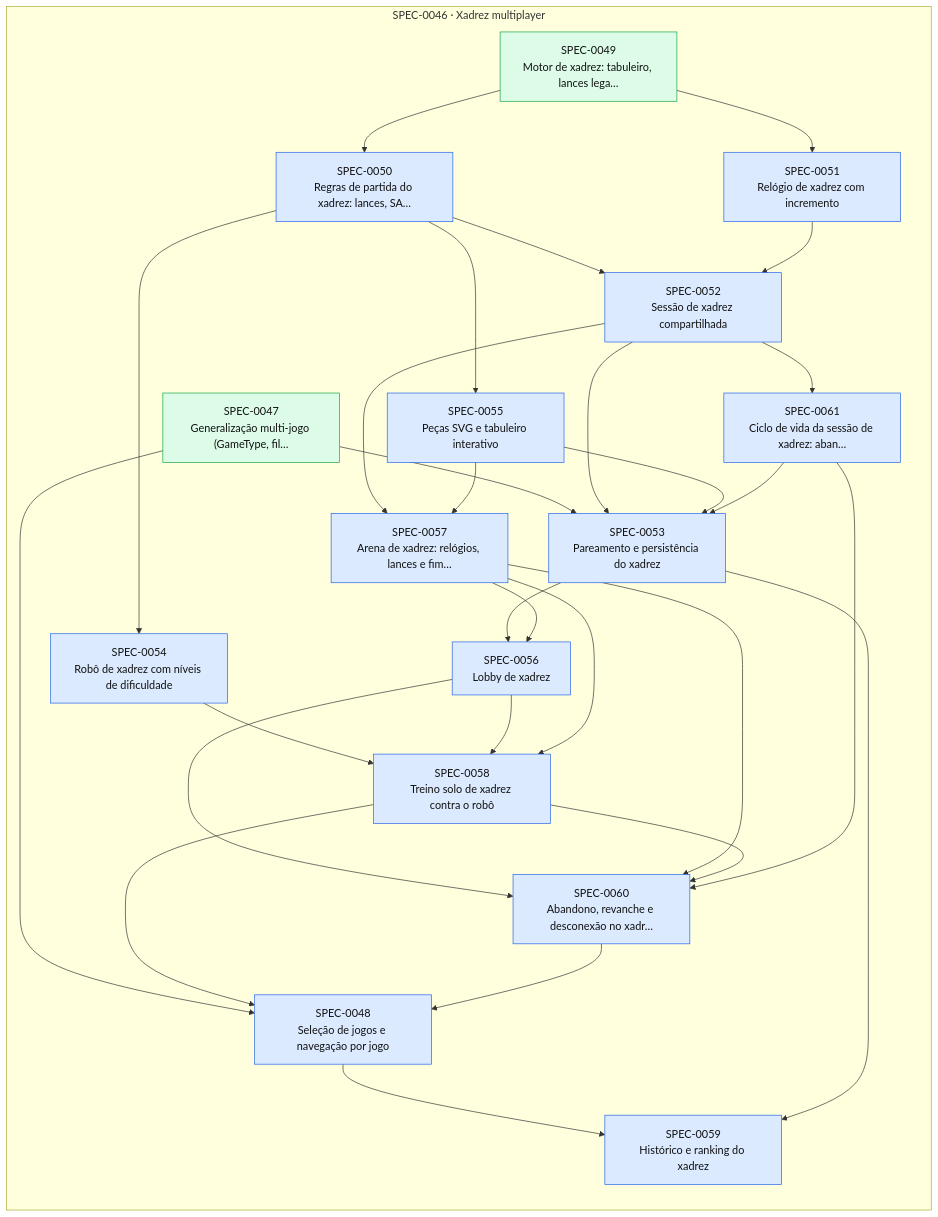
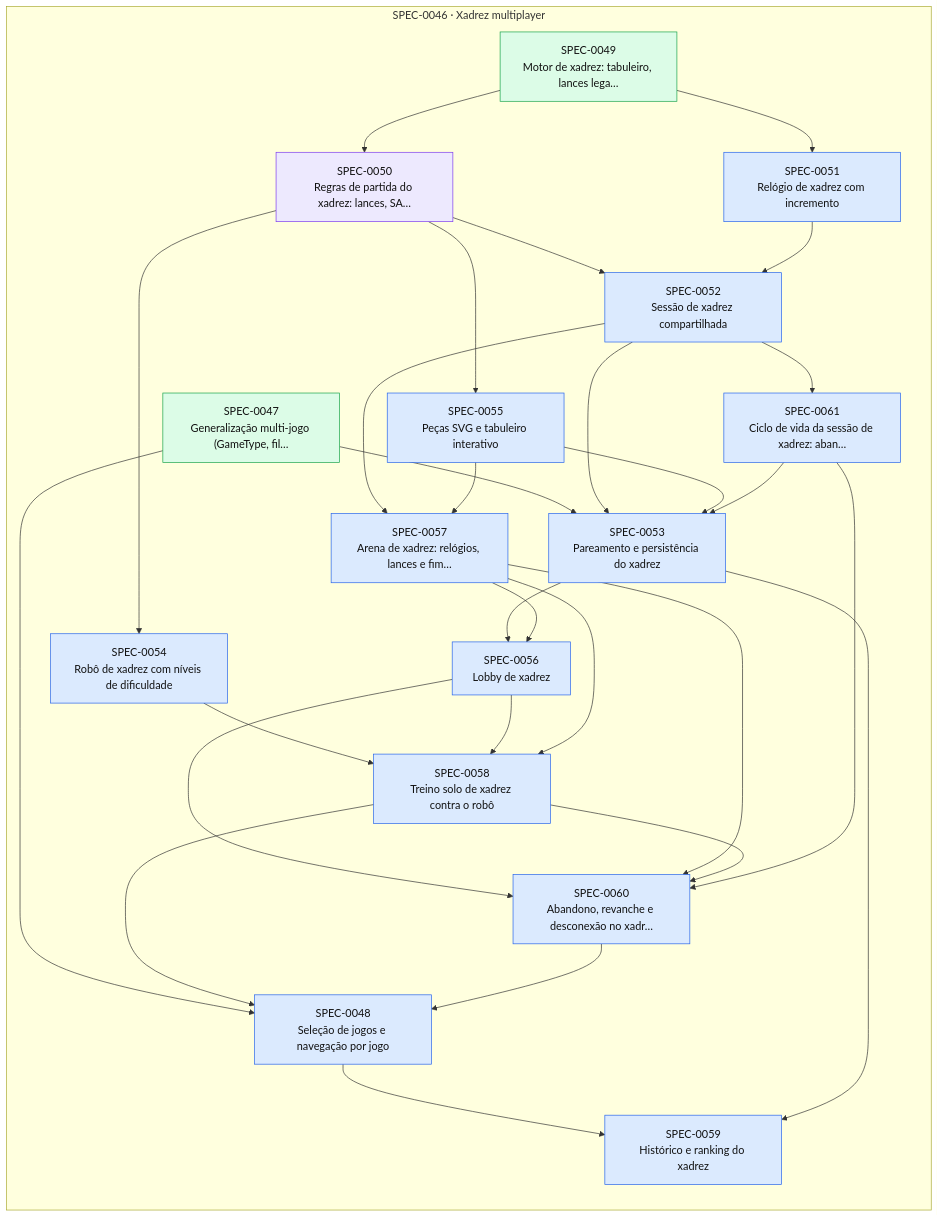
One commit to thomasravache/jogo-da-velha-multiplayer changed the diagram in docs/specs/INDEX.md. Above: the diagram before and after it, drawn with Mermaid. The commit also changed other lines of this file and 1 other file, not shown here.

First line of the commit message:
docs(specs): registrar gates G1-G4 da SPEC-0050

````diff
--- a/docs/specs/INDEX.md
+++ b/docs/specs/INDEX.md
@@ -49,52 +49,52 @@
 ```mermaid
 flowchart LR
   subgraph E0046["SPEC-0046 · Xadrez multiplayer"]
     S0047["SPEC-0047<br/>Generalização multi-jogo (GameType, fil…"]:::implemented
     S0048["SPEC-0048<br/>Seleção de jogos e navegação por jogo"]:::approved
     S0049["SPEC-0049<br/>Motor de xadrez: tabuleiro, lances lega…"]:::implemented
-    S0050["SPEC-0050<br/>Regras de partida do xadrez: lances, SA…"]:::approved
+    S0050["SPEC-0050<br/>Regras de partida do xadrez: lances, SA…"]:::inprogress
     S0051["SPEC-0051<br/>Relógio de xadrez com incremento"]:::approved
     S0052["SPEC-0052<br/>Sessão de xadrez compartilhada"]:::approved
     S0053["SPEC-0053<br/>Pareamento e persistência do xadrez"]:::approved
     S0054["SPEC-0054<br/>Robô de xadrez com níveis de dificuldade"]:::approved
     S0055["SPEC-0055<br/>Peças SVG e tabuleiro interativo"]:::approved
     S0056["SPEC-0056<br/>Lobby de xadrez"]:::approved
     S0057["SPEC-0057<br/>Arena de xadrez: relógios, lances e fim…"]:::approved
     S0058["SPEC-0058<br/>Treino solo de xadrez contra o robô"]:::approved
     S0059["SPEC-0059<br/>Histórico e ranking do xadrez"]:::approved
     S0060["SPEC-0060<br/>Abandono, revanche e desconexão no xadr…"]:::approved
     S0061["SPEC-0061<br/>Ciclo de vida da sessão de xadrez: aban…"]:::approved
   end
   S0047 --> S0048
   S0058 --> S0048
   S0060 --> S0048
   S0049 --> S0050
   S0049 --> S0051
   S0050 --> S0052
   S0051 --> S0052
   S0047 --> S0053
   S0052 --> S0053
   S0055 --> S0053
   S0061 --> S0053
   S0050 --> S0054
   S0050 --> S0055
   S0053 --> S0056
   S0057 --> S0056
   S0052 --> S0057
   S0055 --> S0057
   S0054 --> S0058
   S0056 --> S0058
   S0057 --> S0058
   S0048 --> S0059
   S0053 --> S0059
   S0056 --> S0060
   S0057 --> S0060
   S0058 --> S0060
   S0061 --> S0060
   S0052 --> S0061
   classDef proposed fill:#fef3c7,stroke:#d97706,color:#111
   classDef approved fill:#dbeafe,stroke:#2563eb,color:#111
   classDef inprogress fill:#ede9fe,stroke:#7c3aed,color:#111
   classDef implemented fill:#dcfce7,stroke:#16a34a,color:#111
   classDef deprecated fill:#f3f4f6,stroke:#9ca3af,color:#6b7280
 ```
````
